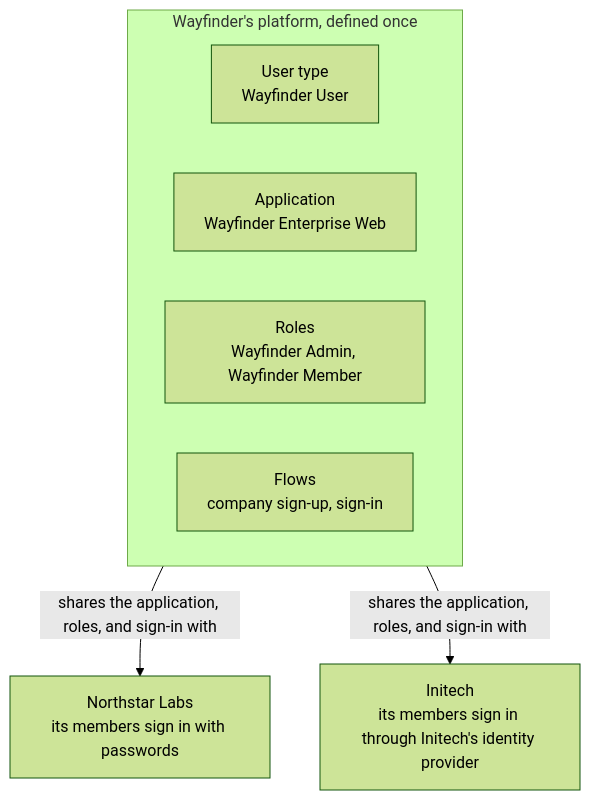
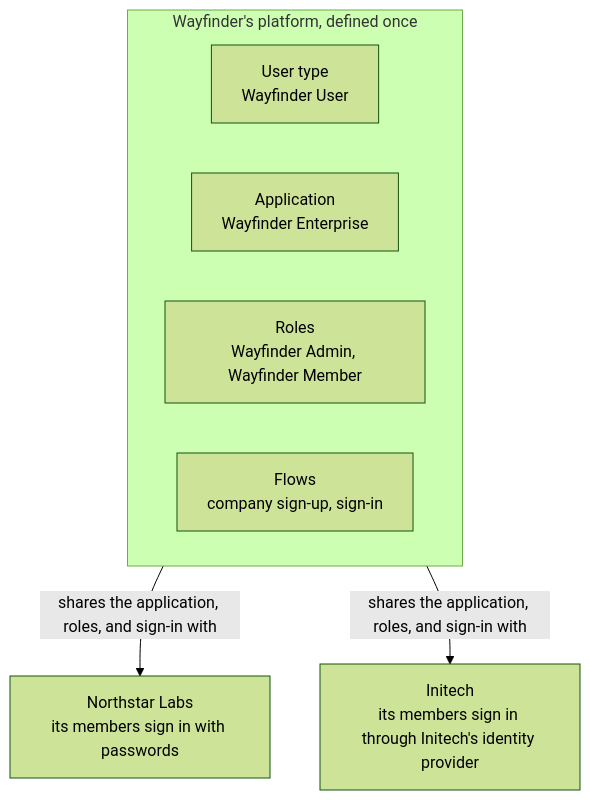
Before and after one commit to thunder-id/thunderid: the diagram in docs/content/use-cases/b2b/concepts.mdx, drawn with Mermaid (forest theme). The commit also changed other lines of this file and 16 other files, not shown here.

First line of the commit message:
Point the B2B docs at the Wayfinder Enterprise sample and add B2B quickstarts

````diff
--- a/docs/content/use-cases/b2b/concepts.mdx
+++ b/docs/content/use-cases/b2b/concepts.mdx
@@ -20,15 +20,15 @@
 ```mermaid
 flowchart TD
   subgraph platform["Wayfinder's platform, defined once"]
     direction LR
     usertype["User type<br/>Wayfinder User"]
-    application["Application<br/>Wayfinder Enterprise Web"]
+    application["Application<br/>Wayfinder Enterprise"]
     roles["Roles<br/>Wayfinder Admin, Wayfinder Member"]
     flows["Flows<br/>company sign-up, sign-in"]
   end
   northstar["Northstar Labs<br/>its members sign in with passwords"]
   initech["Initech<br/>its members sign in through Initech's identity provider"]
 
   platform -->|shares the application, roles, and sign-in with| northstar
   platform -->|shares the application, roles, and sign-in with| initech
 ```
````
